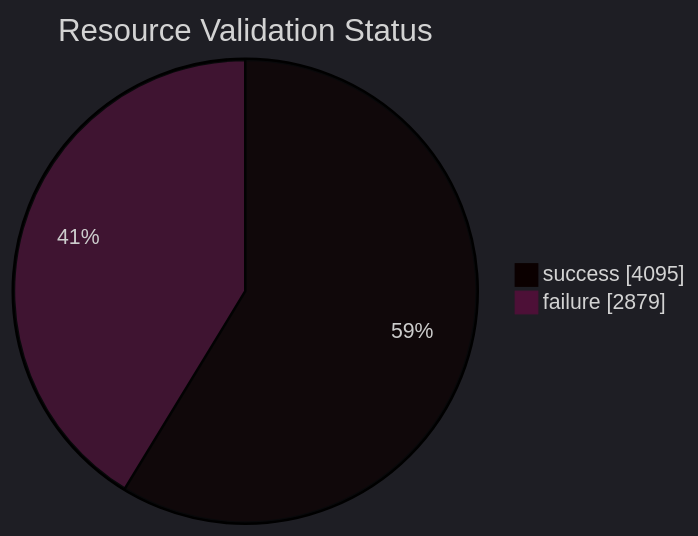
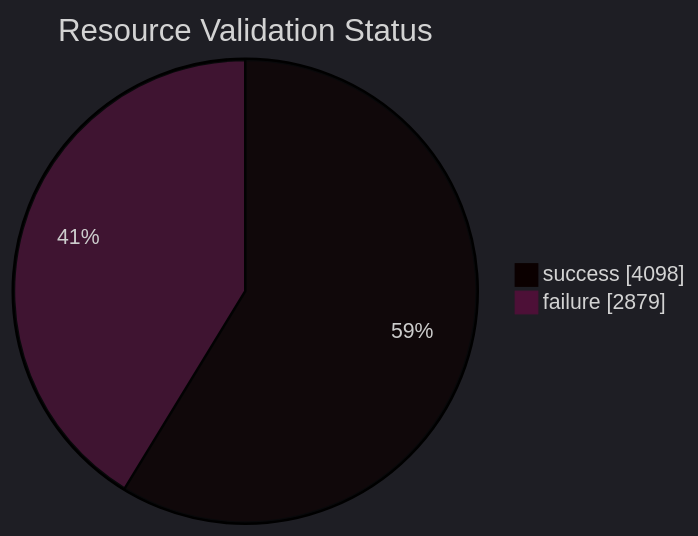
The diagram in datastore_tracker/resource_validation_status_pie_chart.md (open-data/analytics-corporate-reporting), drawn with Mermaid before and after one commit. The commit also changed 11 other files, not shown here.

````diff
--- a/datastore_tracker/resource_validation_status_pie_chart.md
+++ b/datastore_tracker/resource_validation_status_pie_chart.md
@@ -2,9 +2,9 @@
 ```mermaid
 ---
 config:
   theme: dark
 ---
 pie showData title Resource Validation Status
-    "success": 4095
+    "success": 4098
     "failure": 2879
 ```
````
